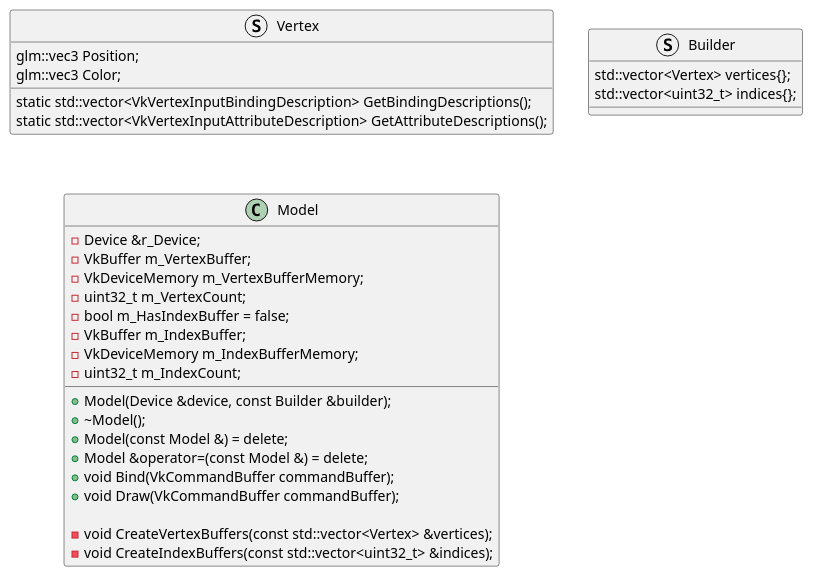
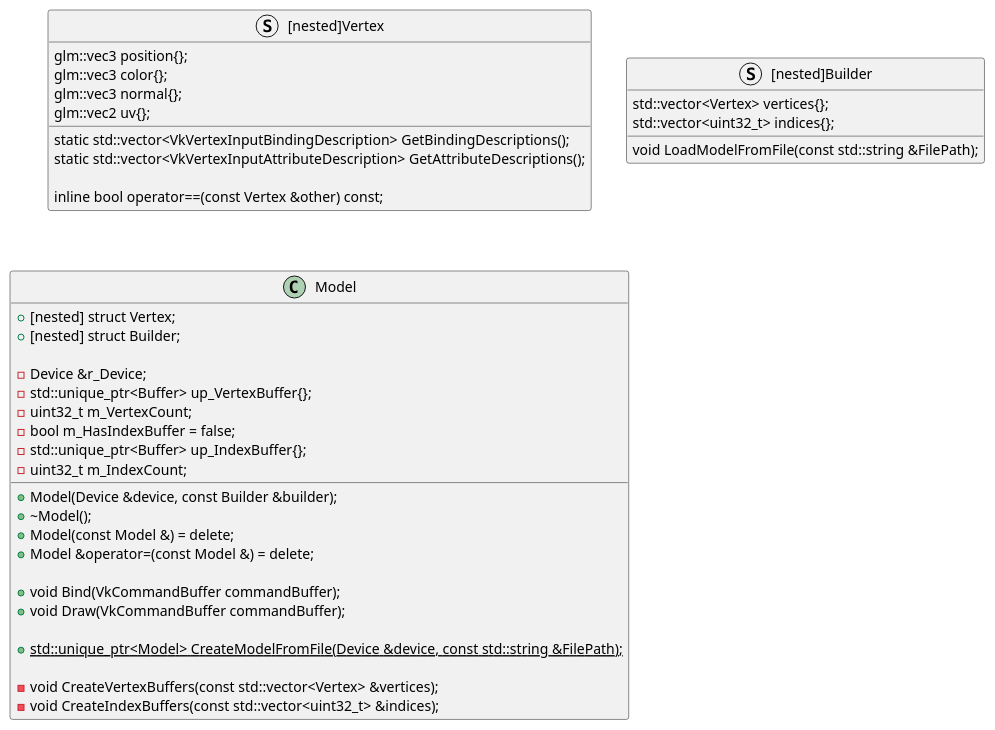
Before and after one commit to BravoMando/BasicVulkanWarperUML: the diagram in src/model.pu, drawn with PlantUML. The commit also changed 28 other files, not shown here.

```diff
--- a/src/model.pu
+++ b/src/model.pu
@@ -1,37 +1,49 @@
 @startuml
-struct Vertex
+struct [nested]Vertex
 {
-    glm::vec3 Position;
-    glm::vec3 Color;
+    glm::vec3 position{};
+    glm::vec3 color{};
+    glm::vec3 normal{};
+    glm::vec2 uv{};
+
     static std::vector<VkVertexInputBindingDescription> GetBindingDescriptions();
     static std::vector<VkVertexInputAttributeDescription> GetAttributeDescriptions();
+
+    inline bool operator==(const Vertex &other) const;
 }
 
-struct Builder
+struct [nested]Builder
 {
     std::vector<Vertex> vertices{};
     std::vector<uint32_t> indices{};
+
+    void LoadModelFromFile(const std::string &FilePath);
+
 }
 
 class Model
 {
     + Model(Device &device, const Builder &builder);
     + \~Model();
     + Model(const Model &) = delete;
     + Model &operator=(const Model &) = delete;
+
     + void Bind(VkCommandBuffer commandBuffer);
     + void Draw(VkCommandBuffer commandBuffer);
+
+    + {static} std::unique_ptr<Model> CreateModelFromFile(Device &device, const std::string &FilePath);
 
     - void CreateVertexBuffers(const std::vector<Vertex> &vertices);
     - void CreateIndexBuffers(const std::vector<uint32_t> &indices);
 
+    + [nested] struct Vertex;
+    + [nested] struct Builder;
+
     - Device &r_Device;
-    - VkBuffer m_VertexBuffer;
-    - VkDeviceMemory m_VertexBufferMemory;
+    - std::unique_ptr<Buffer> up_VertexBuffer{};
     - uint32_t m_VertexCount;
     - bool m_HasIndexBuffer = false;
-    - VkBuffer m_IndexBuffer;
-    - VkDeviceMemory m_IndexBufferMemory;
+    - std::unique_ptr<Buffer> up_IndexBuffer{};
     - uint32_t m_IndexCount;
 }
 @enduml
```
